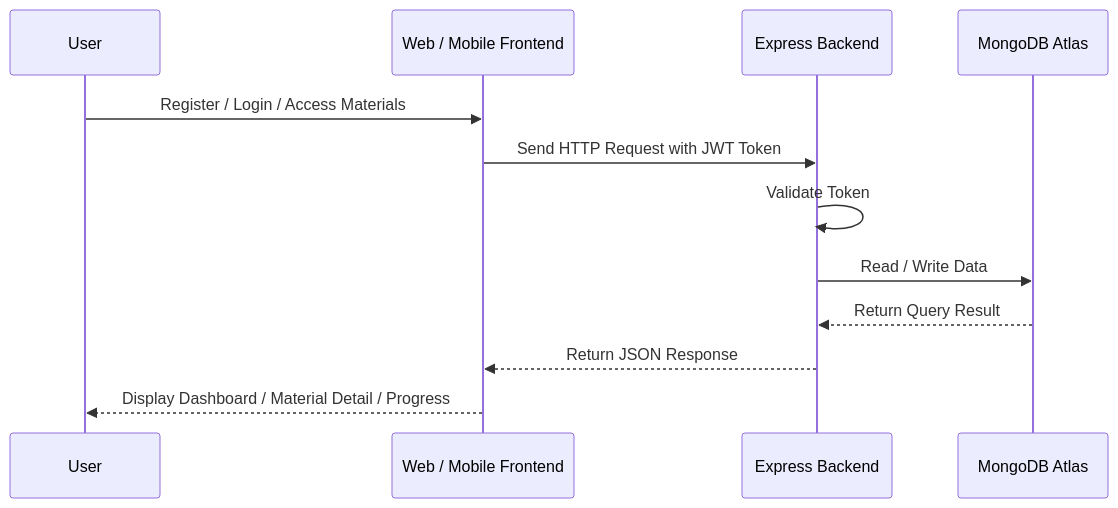
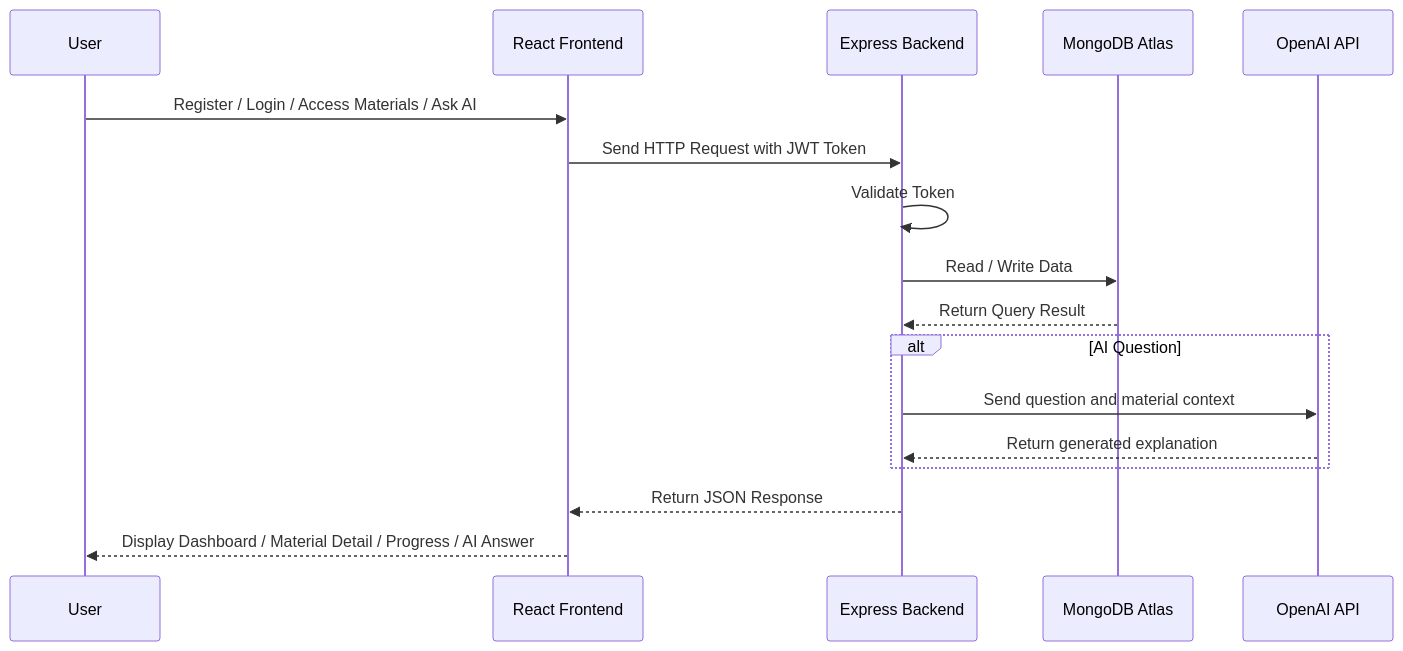
One commit to theo00000/learning-support-platform changed the third of 6 diagrams in readme.md. Above: the diagram before and after it, drawn with Mermaid. The commit also changed other lines of this file, not shown here.

````diff
--- a/readme.md
+++ b/readme.md
@@ -318,15 +260,20 @@
 ```mermaid
 sequenceDiagram
     participant User
-    participant Frontend as Web / Mobile Frontend
+    participant Frontend as React Frontend
     participant API as Express Backend
     participant DB as MongoDB Atlas
+    participant AI as OpenAI API
 
-    User->>Frontend: Register / Login / Access Materials
+    User->>Frontend: Register / Login / Access Materials / Ask AI
     Frontend->>API: Send HTTP Request with JWT Token
     API->>API: Validate Token
     API->>DB: Read / Write Data
     DB-->>API: Return Query Result
+    alt AI Question
+        API->>AI: Send question and material context
+        AI-->>API: Return generated explanation
+    end
     API-->>Frontend: Return JSON Response
-    Frontend-->>User: Display Dashboard / Material Detail / Progress
+    Frontend-->>User: Display Dashboard / Material Detail / Progress / AI Answer
 ```
````
